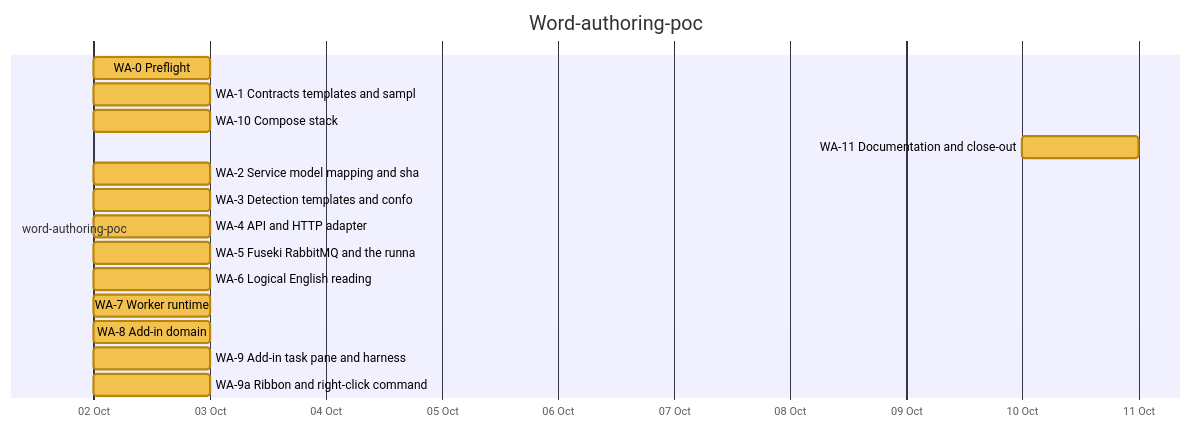
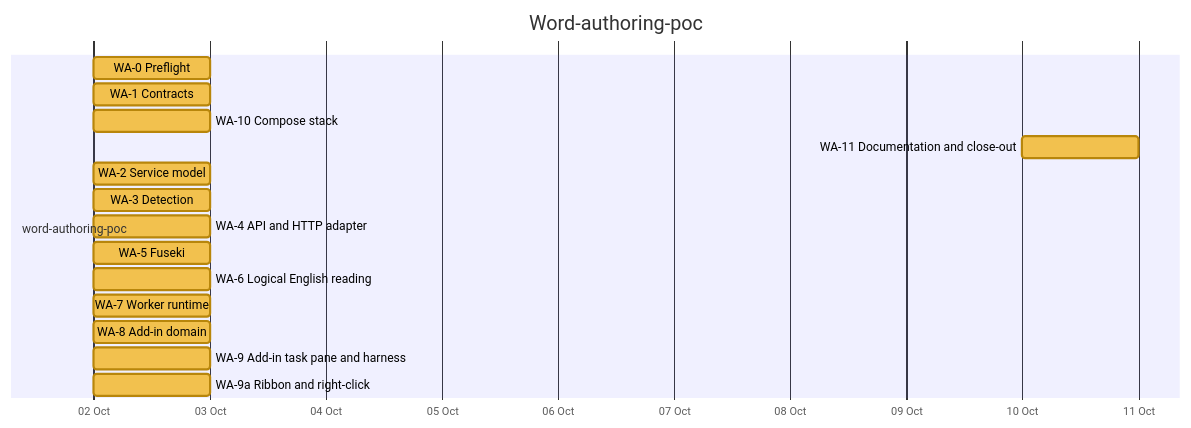
Before and after one commit to nebularis/lattice: diagram 15 of 26 in docs/developer/ROADMAP.md, drawn with Mermaid. The commit also changed other lines of this file and 7 other files, not shown here.

First line of the commit message:
Pin Vyvid v0.2.7: the GIT_DIR workaround removed, TD-143 and TD-144 closed, the roadmap regenerated

````diff
--- a/docs/developer/ROADMAP.md
+++ b/docs/developer/ROADMAP.md
@@ -430,21 +430,21 @@
 ```mermaid
 %%{init: {"themeVariables": {"taskBkgColor": "#f2c14e", "taskBorderColor": "#b8860b", "taskTextColor": "#000000", "activeTaskBkgColor": "#4e9af1", "activeTaskBorderColor": "#1f5fbf", "activeTaskBorderColor": "#1f5fbf", "doneTaskBkgColor": "#8fcf8f", "doneTaskBorderColor": "#2f7d32", "critBkgColor": "#f28b82", "critBorderColor": "#b23a30", "taskTextDarkColor": "#000000", "taskTextLightColor": "#000000"}}}%%
 gantt
     title Word-authoring-poc
     dateFormat YYYY-MM-DD
     axisFormat %d %b
     section word-authoring-poc
     WA-0 Preflight :wa0, 2026-10-02, 2026-10-03
-    WA-1 Contracts templates and sampl :wa1, 2026-10-02, 2026-10-03
+    WA-1 Contracts :wa1, 2026-10-02, 2026-10-03
     WA-10 Compose stack :wa10, 2026-10-02, 2026-10-03
     WA-11 Documentation and close-out :wa11, 2026-10-10, 2026-10-11
-    WA-2 Service model mapping and sha :wa2, 2026-10-02, 2026-10-03
-    WA-3 Detection templates and confo :wa3, 2026-10-02, 2026-10-03
+    WA-2 Service model :wa2, 2026-10-02, 2026-10-03
+    WA-3 Detection :wa3, 2026-10-02, 2026-10-03
     WA-4 API and HTTP adapter :wa4, 2026-10-02, 2026-10-03
-    WA-5 Fuseki RabbitMQ and the runna :wa5, 2026-10-02, 2026-10-03
+    WA-5 Fuseki :wa5, 2026-10-02, 2026-10-03
     WA-6 Logical English reading :wa6, 2026-10-02, 2026-10-03
     WA-7 Worker runtime :wa7, 2026-10-02, 2026-10-03
     WA-8 Add-in domain :wa8, 2026-10-02, 2026-10-03
     WA-9 Add-in task pane and harness :wa9, 2026-10-02, 2026-10-03
-    WA-9a Ribbon and right-click command :wa9a, 2026-10-02, 2026-10-03
+    WA-9a Ribbon and right-click :wa9a, 2026-10-02, 2026-10-03
 ```
````
